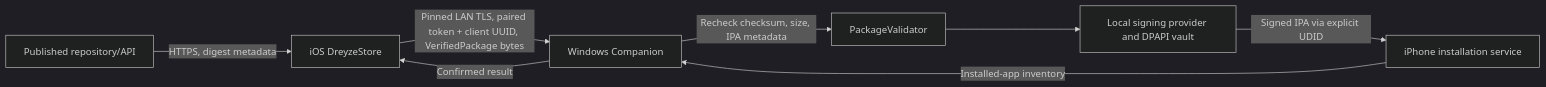
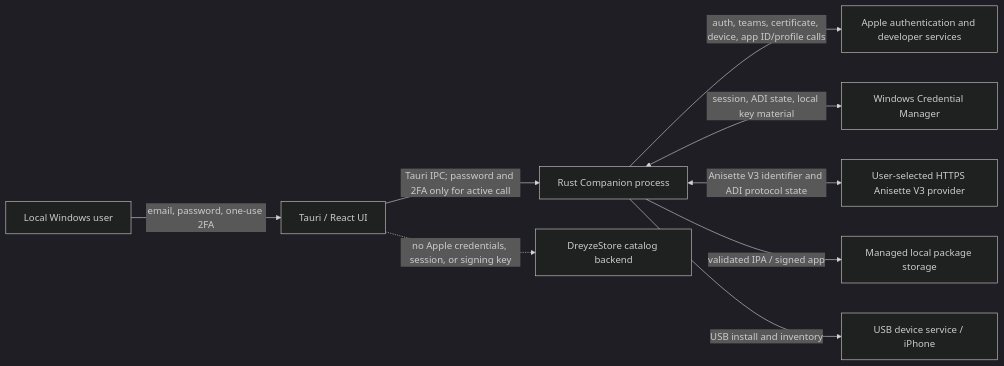
Before and after one commit to faridikdev/DreyzeStore: the diagram in DreyzeStore-threat-model.md, drawn with Mermaid (dark theme). The commit also changed other lines of this file and 33 other files, not shown here.

Commit message:
feat(companion): add experimental Apple account provisioning

````diff
--- a/DreyzeStore-threat-model.md
+++ b/DreyzeStore-threat-model.md
@@ -7,10 +9,21 @@
 ```mermaid
 flowchart LR
-  Repository[Published repository/API] -->|HTTPS, digest metadata| IOS[iOS DreyzeStore]
-IOS -->|Pinned LAN TLS, paired token + client UUID, VerifiedPackage bytes| Win[Windows Companion]
-  Win -->|Recheck checksum, size, IPA metadata| Verify[PackageValidator]
-  Verify --> Sign[Local signing provider and DPAPI vault]
-  Sign -->|Signed IPA via explicit UDID| Device[iPhone installation service]
-  Device -->|Installed-app inventory| Win
-  Win -->|Confirmed result| IOS
+  U[Local Windows user]
+  UI[Tauri / React UI]
+  C[Rust Companion process]
+  K[Windows Credential Manager]
+  A[Apple authentication and developer services]
+  N[User-selected HTTPS Anisette V3 provider]
+  P[Managed local package storage]
+  I[USB device service / iPhone]
+  B[DreyzeStore catalog backend]
+
+  U -->|email, password, one-use 2FA| UI
+  UI -->|Tauri IPC; password and 2FA only for active call| C
+  C -->|auth, teams, certificate, device, app ID/profile calls| A
+  C <-->|session, ADI state, local key material| K
+  C <-->|Anisette V3 identifier and ADI protocol state| N
+  C -->|validated IPA / signed app| P
+  C -->|USB install and inventory| I
+  UI -. no Apple credentials, session, or signing key .-> B
 ```
````
